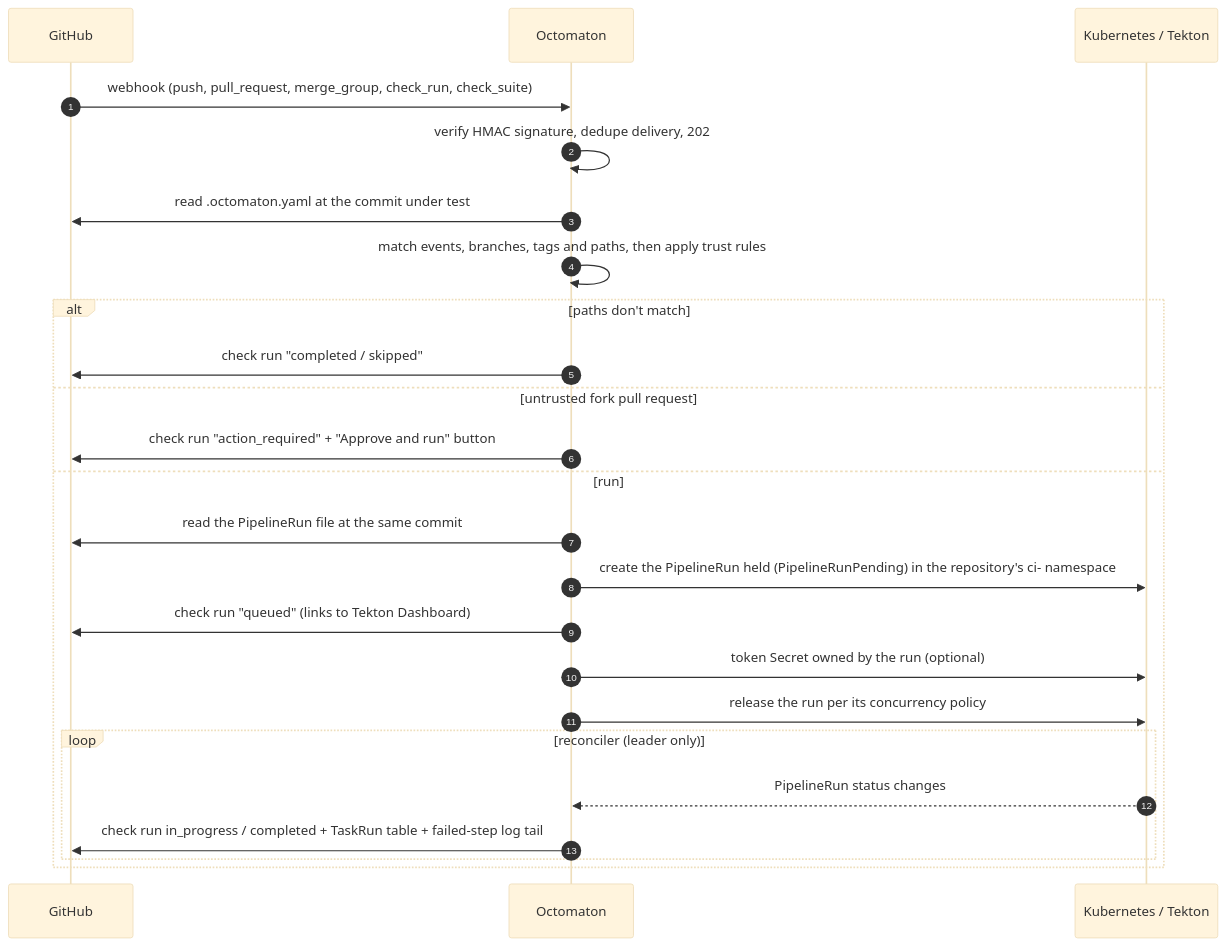
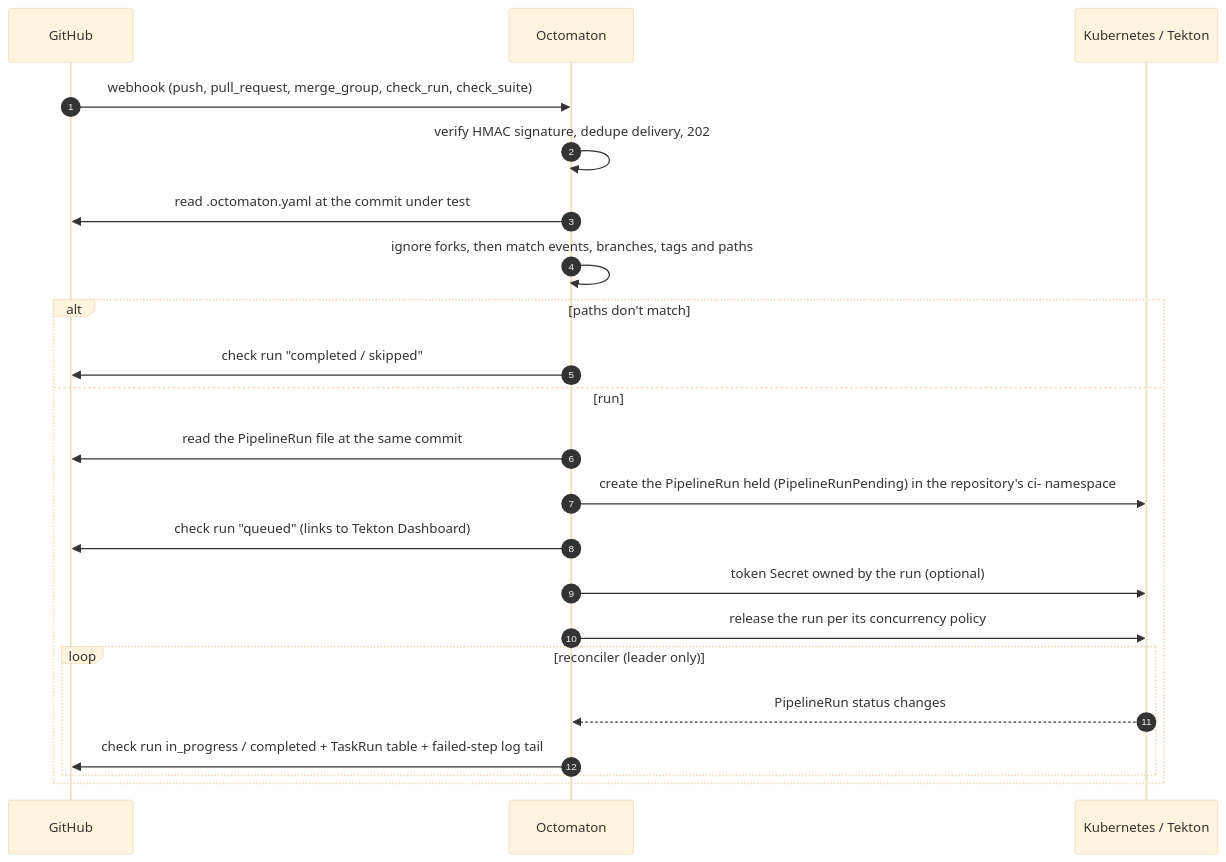
The first of 4 diagrams in hub/designs/phase-2-octomaton.md (arikkfir-org/docs), drawn with Mermaid (base theme) before and after one commit. The commit also changed other lines of this file and 1 other file, not shown here.

First line of the commit message:
docs(hub): Octomaton ignores forks and relays only push and ping

````diff
--- a/hub/designs/phase-2-octomaton.md
+++ b/hub/designs/phase-2-octomaton.md
@@ -20,26 +20,24 @@
 ```mermaid
 sequenceDiagram
   autonumber
   participant GH as GitHub
   participant SB as Octomaton
   participant K8s as Kubernetes / Tekton
   GH->>SB: webhook (push, pull_request, merge_group, check_run, check_suite)
   SB->>SB: verify HMAC signature, dedupe delivery, 202
   SB->>GH: read .octomaton.yaml at the commit under test
-  SB->>SB: match events, branches, tags and paths, then apply trust rules
+  SB->>SB: ignore forks, then match events, branches, tags and paths
   alt paths don't match
     SB->>GH: check run "completed / skipped"
-  else untrusted fork pull request
-    SB->>GH: check run "action_required" + "Approve and run" button
   else run
     SB->>GH: read the PipelineRun file at the same commit
     SB->>K8s: create the PipelineRun held (PipelineRunPending) in the repository's ci- namespace
     SB->>GH: check run "queued" (links to Tekton Dashboard)
     SB->>K8s: token Secret owned by the run (optional)
     SB->>K8s: release the run per its concurrency policy
     loop reconciler (leader only)
       K8s-->>SB: PipelineRun status changes
       SB->>GH: check run in_progress / completed + TaskRun table + failed-step log tail
     end
   end
 ```
````
